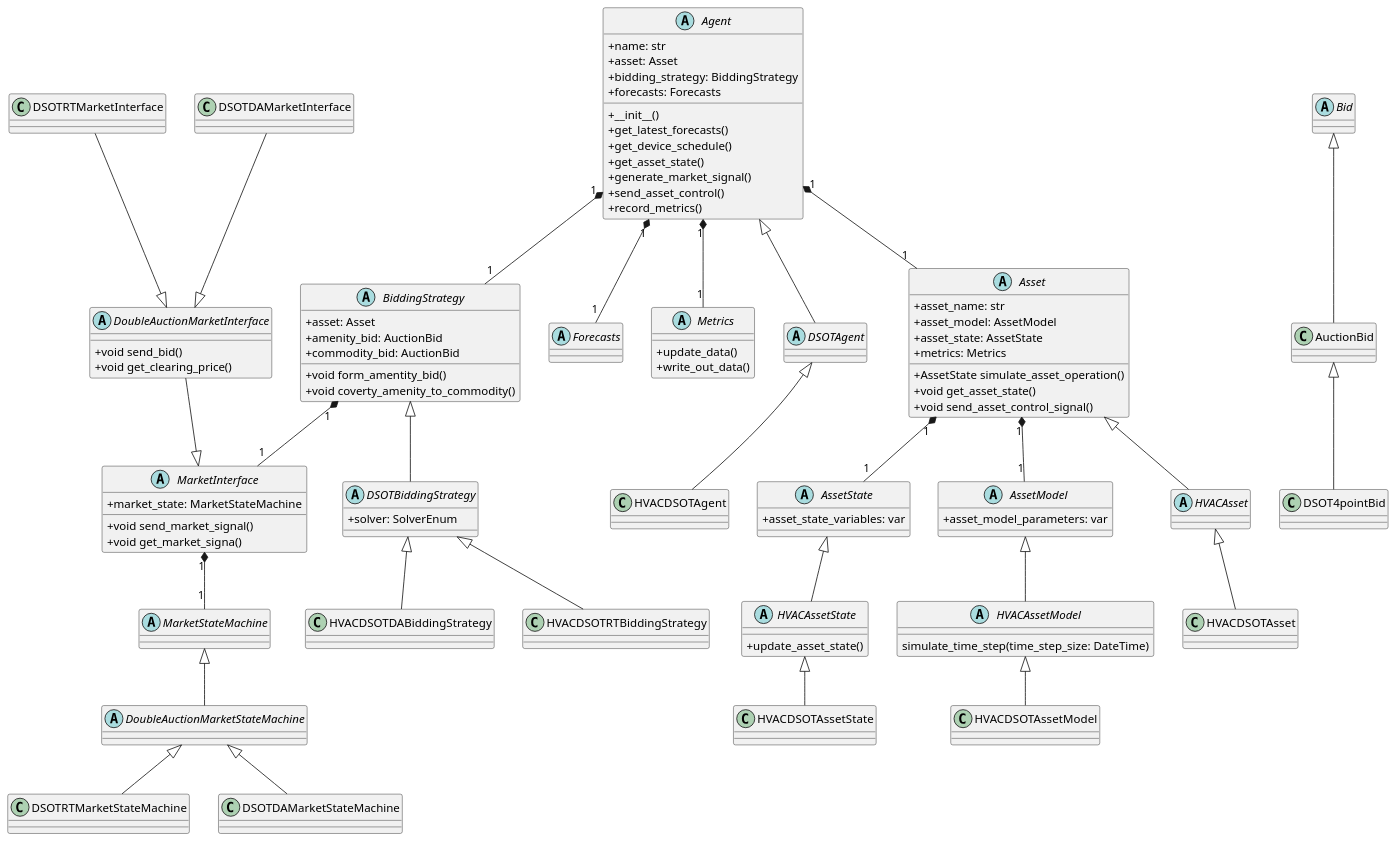
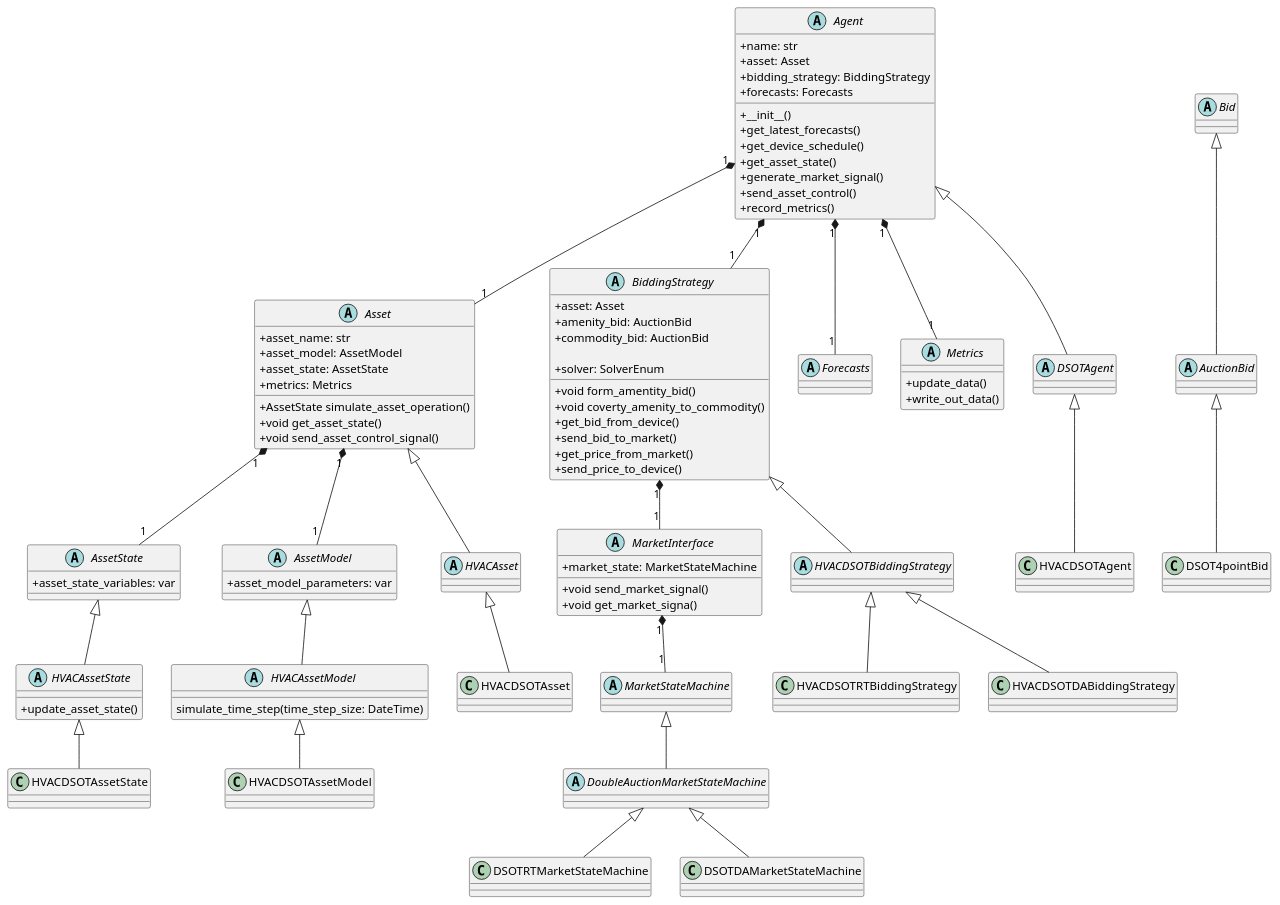
The diagram in design/agent_redesign/new_agent_abstract_cd.plantuml (nathantgray/tesp), drawn with PlantUML before and after one commit. The commit also changed 1 other file, not shown here.

Commit message:
Refine existing class diagrams

```diff
--- a/design/agent_redesign/new_agent_abstract_cd.plantuml
+++ b/design/agent_redesign/new_agent_abstract_cd.plantuml
@@ -1,110 +1,120 @@
 
 skinparam classAttributeIconSize 0
 
 
 abstract Agent {
     + name: str
     + asset: Asset 
     + bidding_strategy: BiddingStrategy 
     + forecasts: Forecasts
     + __init__()
     + get_latest_forecasts()
     + get_device_schedule()
     + get_asset_state()
     + generate_market_signal()
     + send_asset_control()
     + record_metrics()
 }
 abstract Asset { 
     + asset_name: str 
     + asset_model: AssetModel 
     + asset_state: AssetState 
     + metrics: Metrics 
 
     + AssetState simulate_asset_operation()
     + void get_asset_state()
     + void send_asset_control_signal() 
 } 
 abstract AssetState { 
     + asset_state_variables: var 
 } 
 abstract AssetModel { 
     + asset_model_parameters: var 
 } 
 abstract BiddingStrategy {
     + asset: Asset 
     + amenity_bid: AuctionBid
     + commodity_bid: AuctionBid 
 
     + void form_amentity_bid()
     + void coverty_amenity_to_commodity()
 }
 abstract Bid {   
 }
 abstract MarketInterface {
     + market_state: MarketStateMachine 
 
     + void send_market_signal()
     + void get_market_signa()
 
 }
 abstract Forecasts{
 
 }
 abstract MarketStateMachine {
 }
 abstract Metrics {
     + update_data()
     + write_out_data()
 
 }
 abstract HVACAsset {
 }
 abstract HVACAssetState {
     + update_asset_state()
 }
 abstract HVACAssetModel {
     simulate_time_step(time_step_size: DateTime)
 }
-abstract DoubleAuctionMarketInterface {
-    + void send_bid()
-    + void get_clearing_price()
-}
 abstract DoubleAuctionMarketStateMachine {
 }
 abstract DSOTAgent {
 }
-abstract DSOTBiddingStrategy{
+abstract BiddingStrategy{
     + solver: SolverEnum
+    + get_bid_from_device()
+    + send_bid_to_market()
+    + get_price_from_market()
+    + send_price_to_device()
+}
+abstract  HVACDSOTBiddingStrategy{
+    
+}
+class HVACDSOTRTBiddingStrategy{
+
+}
+class HVACDSOTDABiddingStrategy{
+    
+}
+abstract AuctionBid{
+    
 }
 
 
 Agent "1" *-- "1" Asset 
 Agent "1" *-- "1" Metrics
 Agent "1" *-- "1" Forecasts
 Agent "1" *-- "1" BiddingStrategy
 BiddingStrategy "1" *-- "1" MarketInterface 
 Asset "1" *-- "1" AssetState 
 Asset "1" *-- "1" AssetModel 
 MarketInterface "1" *-- "1" MarketStateMachine
 
 
 Bid  <|--  AuctionBid 
-DoubleAuctionMarketInterface  --|>  MarketInterface
-DSOTRTMarketInterface  --|>  DoubleAuctionMarketInterface
-DSOTDAMarketInterface  --|>  DoubleAuctionMarketInterface
+
 Agent  <|--  DSOTAgent
 DSOTAgent  <|--  HVACDSOTAgent
 Asset  <|--  HVACAsset
 HVACAsset  <|--  HVACDSOTAsset
 AssetModel  <|--  HVACAssetModel
 HVACAssetModel  <|--  HVACDSOTAssetModel
 AssetState  <|--  HVACAssetState
 HVACAssetState  <|--  HVACDSOTAssetState
-DSOTBiddingStrategy  <|--  HVACDSOTRTBiddingStrategy
-DSOTBiddingStrategy  <|--  HVACDSOTDABiddingStrategy
-BiddingStrategy <|-- DSOTBiddingStrategy
+BiddingStrategy <|-- HVACDSOTBiddingStrategy
+HVACDSOTBiddingStrategy <|-- HVACDSOTRTBiddingStrategy
+HVACDSOTBiddingStrategy <|-- HVACDSOTDABiddingStrategy
 AuctionBid  <|--  DSOT4pointBid
 MarketStateMachine  <|--  DoubleAuctionMarketStateMachine
 DoubleAuctionMarketStateMachine  <|--  DSOTRTMarketStateMachine
 DoubleAuctionMarketStateMachine  <|--  DSOTDAMarketStateMachine
```
